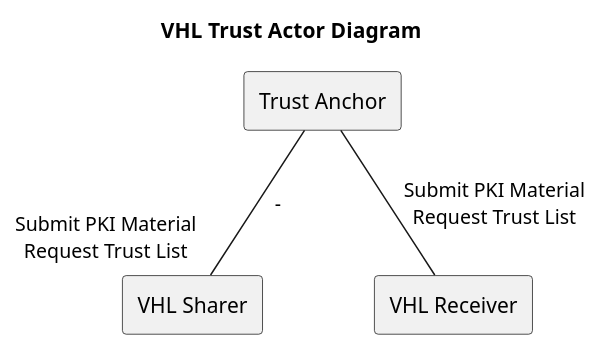
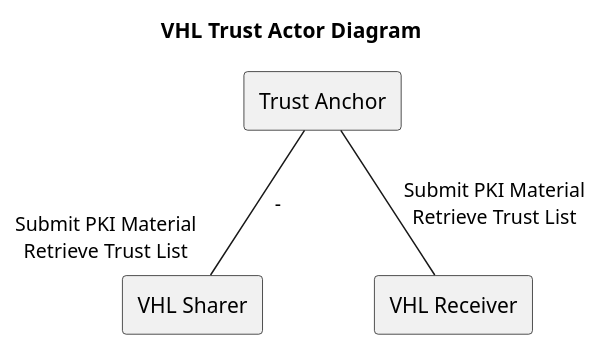
The diagram in input/images-source/trust_interaction.plantuml (IHE/ITI.VHL), drawn with PlantUML before and after one commit. The commit also changed 5 other files, not shown here.

```diff
--- a/input/images-source/trust_interaction.plantuml
+++ b/input/images-source/trust_interaction.plantuml
@@ -1,18 +1,18 @@
 @startuml
 title VHL Trust Actor Diagram
 
 top to bottom direction
 skinparam nodesep 75
 
 agent "Trust Anchor" as TA
 agent "VHL Sharer" as VHLS
 agent "VHL Receiver" as VHLR
 
 url of TA is [[ActorDefinition-TrustAnchor.html]]
 url of VHLR is [[ActorDefinition-VHLReceiver.html]]
 url of VHLS is [[ActorDefinition-VHLSharer.html]]
 
 
-TA -- VHLS  : -"Submit PKI Material\nRequest Trust List"
-TA -- VHLR : "Submit PKI Material\nRequest Trust List"
+TA -- VHLS  : -"Submit PKI Material\nRetrieve Trust List"
+TA -- VHLR : "Submit PKI Material\nRetrieve Trust List"
 @enduml
```
